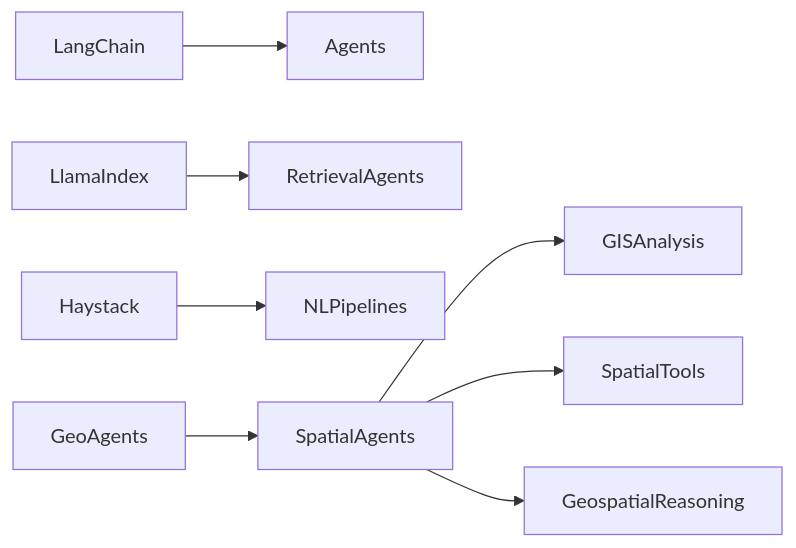
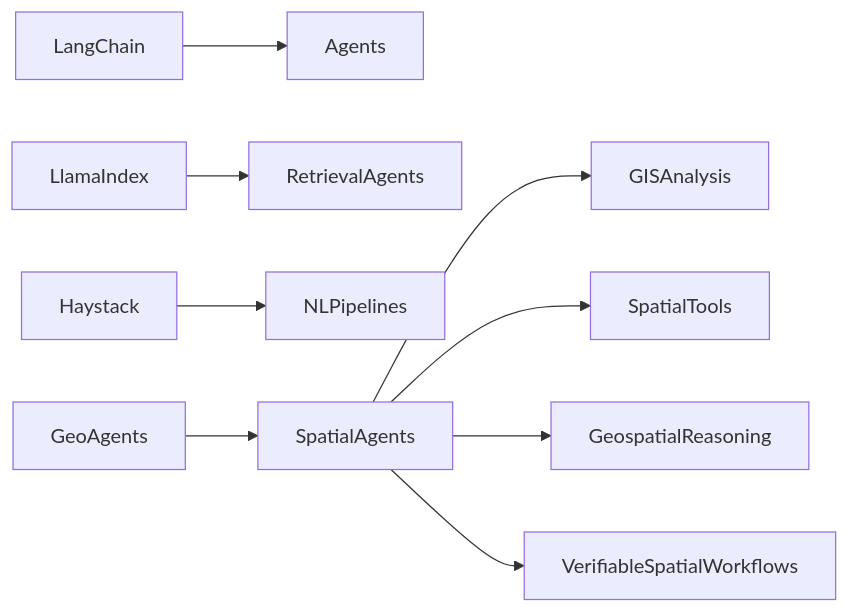
Before and after one commit to juaquicar/GeoAgents: diagram 15 of 16 in docs/diagrams.md, drawn with Mermaid. The commit also changed other lines of this file and 12 other files, not shown here.

````diff
--- a/docs/diagrams.md
+++ b/docs/diagrams.md
@@ -304,13 +374,14 @@
 ```mermaid
 flowchart LR
 
 LangChain --> Agents
 LlamaIndex --> RetrievalAgents
 Haystack --> NLPipelines
 
 GeoAgents --> SpatialAgents
 
 SpatialAgents --> GISAnalysis
 SpatialAgents --> SpatialTools
 SpatialAgents --> GeospatialReasoning
+SpatialAgents --> VerifiableSpatialWorkflows
 ```
````
